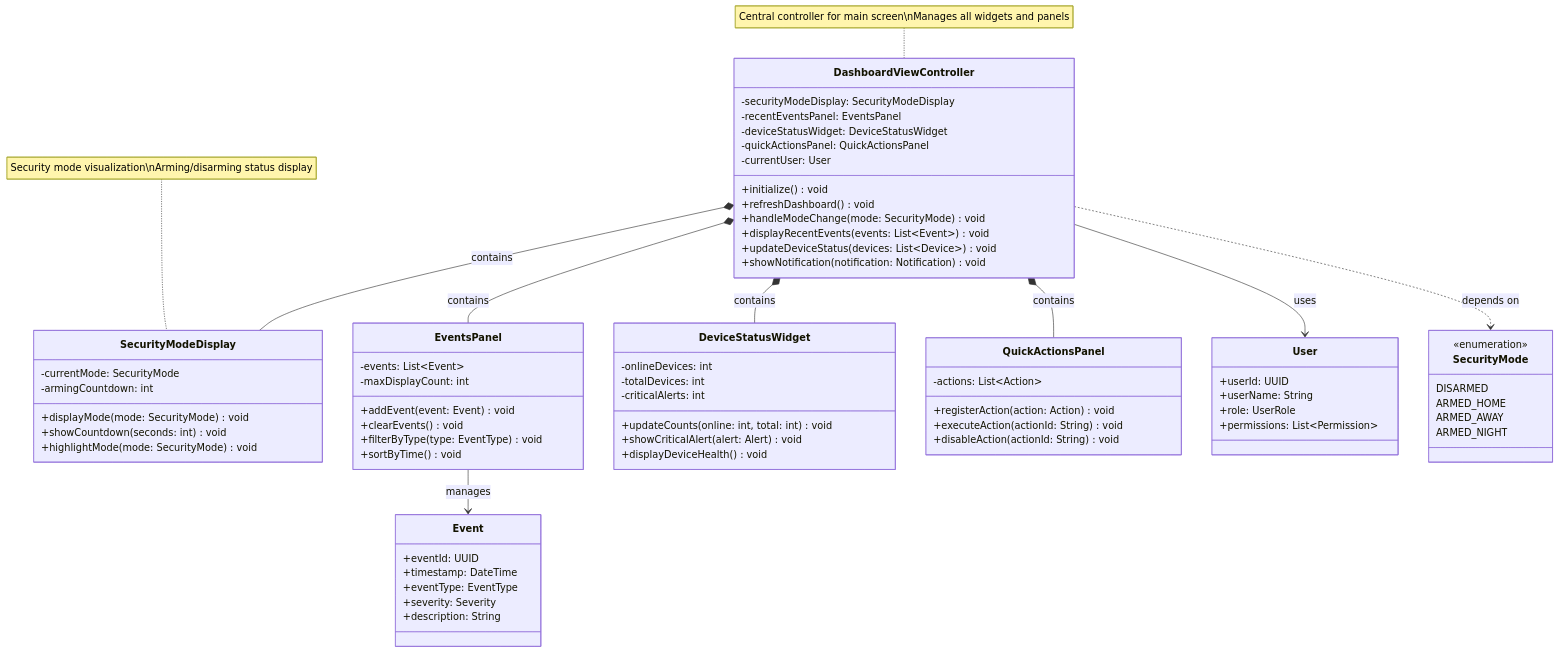
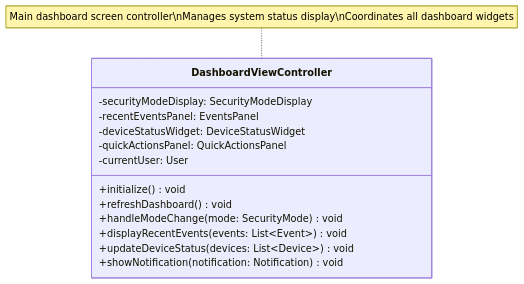
Before and after one commit to mj010101/swe_25f: the second of 11 diagrams in diagrams/presentation_class_diagram.md, drawn with Mermaid. The commit also changed other lines of this file and 1 other file, not shown here.

Commit message:
fix: presentation layer diagram

````diff
--- a/diagrams/presentation_class_diagram.md
+++ b/diagrams/presentation_class_diagram.md
@@ -156,5 +53,7 @@
 ```mermaid
 classDiagram
+    direction TB
+
     class DashboardViewController {
         -securityModeDisplay: SecurityModeDisplay
         -recentEventsPanel: EventsPanel
@@ -169,70 +68,5 @@
         +showNotification(notification: Notification) void
     }
 
-    class SecurityModeDisplay {
-        -currentMode: SecurityMode
-        -armingCountdown: int
-        +displayMode(mode: SecurityMode) void
-        +showCountdown(seconds: int) void
-        +highlightMode(mode: SecurityMode) void
-    }
-
-    class EventsPanel {
-        -events: List~Event~
-        -maxDisplayCount: int
-        +addEvent(event: Event) void
-        +clearEvents() void
-        +filterByType(type: EventType) void
-        +sortByTime() void
-    }
-
-    class DeviceStatusWidget {
-        -onlineDevices: int
-        -totalDevices: int
-        -criticalAlerts: int
-        +updateCounts(online: int, total: int) void
-        +showCriticalAlert(alert: Alert) void
-        +displayDeviceHealth() void
-    }
-
-    class QuickActionsPanel {
-        -actions: List~Action~
-        +registerAction(action: Action) void
-        +executeAction(actionId: String) void
-        +disableAction(actionId: String) void
-    }
-
-    class User {
-        +userId: UUID
-        +userName: String
-        +role: UserRole
-        +permissions: List~Permission~
-    }
-
-    class SecurityMode {
-        <<enumeration>>
-        DISARMED
-        ARMED_HOME
-        ARMED_AWAY
-        ARMED_NIGHT
-    }
-
-    class Event {
-        +eventId: UUID
-        +timestamp: DateTime
-        +eventType: EventType
-        +severity: Severity
-        +description: String
-    }
-
-    DashboardViewController *-- SecurityModeDisplay : contains
-    DashboardViewController *-- EventsPanel : contains
-    DashboardViewController *-- DeviceStatusWidget : contains
-    DashboardViewController *-- QuickActionsPanel : contains
-    DashboardViewController --> User : uses
-    DashboardViewController ..> SecurityMode : depends on
-    EventsPanel --> Event : manages
-
-    note for DashboardViewController "Central controller for main screen\nManages all widgets and panels"
-    note for SecurityModeDisplay "Security mode visualization\nArming/disarming status display"
+    note for DashboardViewController "Main dashboard screen controller\nManages system status display\nCoordinates all dashboard widgets"
 ```
````
